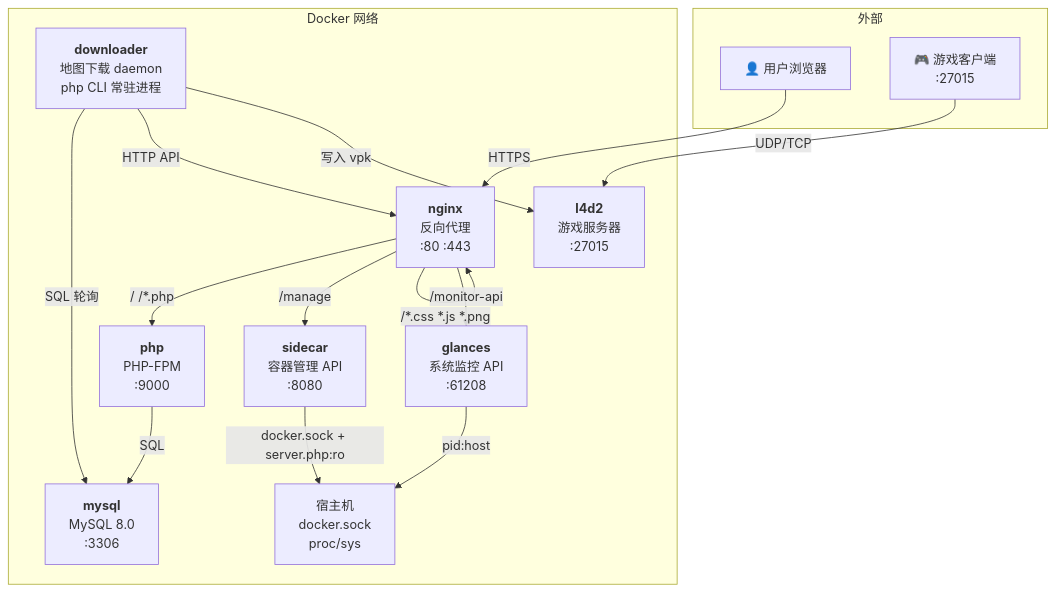
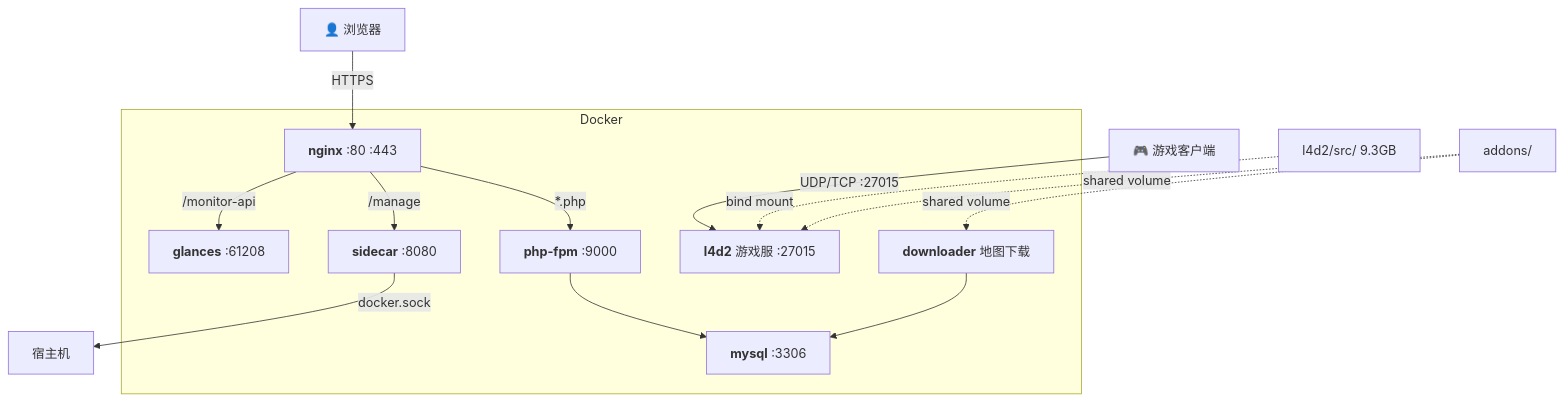
Before and after one commit to TunArund/L4D2-ServerPack: the diagram in README.md, drawn with Mermaid. The commit also changed other lines of this file and 3 other files, not shown here.

````diff
--- a/README.md
+++ b/README.md
@@ -13,35 +40,26 @@
 ```mermaid
 graph TB
-    subgraph 外部
-        USER[👤 用户浏览器]
-        GAME[🎮 游戏客户端<br/>:27015]
+    USER[👤 浏览器] -->|HTTPS| NGINX
+    GAME[🎮 游戏客户端] -->|UDP/TCP :27015| L4D2
+
+    subgraph Docker
+        NGINX[<b>nginx</b> :80 :443]
+        PHP[<b>php-fpm</b> :9000]
+        MYSQL[<b>mysql</b> :3306]
+        DL[<b>downloader</b> 地图下载]
+        SIDECAR[<b>sidecar</b> :8080]
+        GLANCES[<b>glances</b> :61208]
+        L4D2[<b>l4d2</b> 游戏服 :27015]
     end
 
-    subgraph Docker 网络
-        NGINX[<b>nginx</b><br/>反向代理<br/>:80 :443]
-        PHP[<b>php</b><br/>PHP-FPM<br/>:9000]
-        MYSQL[<b>mysql</b><br/>MySQL 8.0<br/>:3306]
-        DL[<b>downloader</b><br/>地图下载 daemon<br/>php CLI 常驻进程]
-        SIDECAR[<b>sidecar</b><br/>容器管理 API<br/>:8080]
-        GLANCES[<b>glances</b><br/>系统监控 API<br/>:61208]
-        L4D2[<b>l4d2</b><br/>游戏服务器<br/>:27015]
-
-        HOST[宿主机<br/>docker.sock<br/>proc/sys]
-    end
-
-    USER -->|HTTPS| NGINX
-    GAME -->|UDP/TCP| L4D2
-
-    NGINX -->|/ /*.php| PHP
+    NGINX -->|*.php| PHP
     NGINX -->|/manage| SIDECAR
     NGINX -->|/monitor-api| GLANCES
-    NGINX -->|/*.css *.js *.png| NGINX
+    PHP --> MYSQL
+    DL --> MYSQL
+    SIDECAR -->|docker.sock| HOST[宿主机]
 
-    PHP -->|SQL| MYSQL
-    DL -->|SQL 轮询| MYSQL
-    DL -->|HTTP API| NGINX
-    DL -->|写入 vpk| L4D2
-
-    SIDECAR -->|docker.sock + server.php:ro| HOST
-    GLANCES -->|pid:host| HOST
+    L4D2_GAME[l4d2/src/ 9.3GB] -.->|bind mount| L4D2
+    ADDONS[addons/] -.->|shared volume| DL
+    ADDONS -.->|shared volume| L4D2
 ```
````
